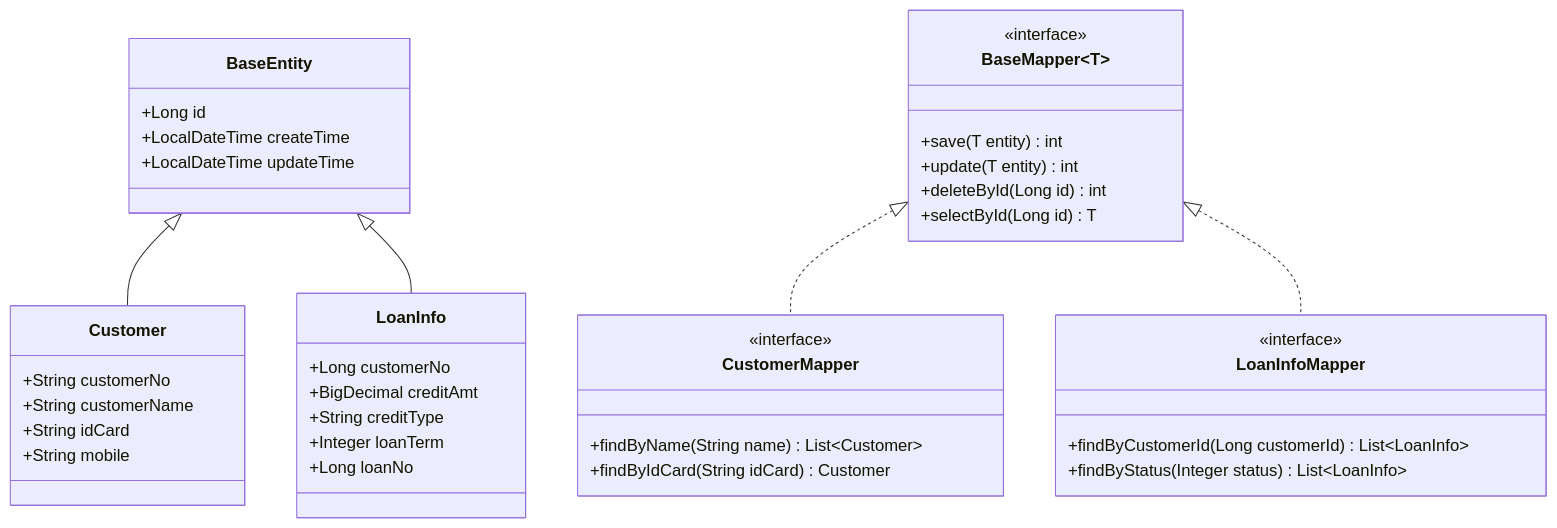
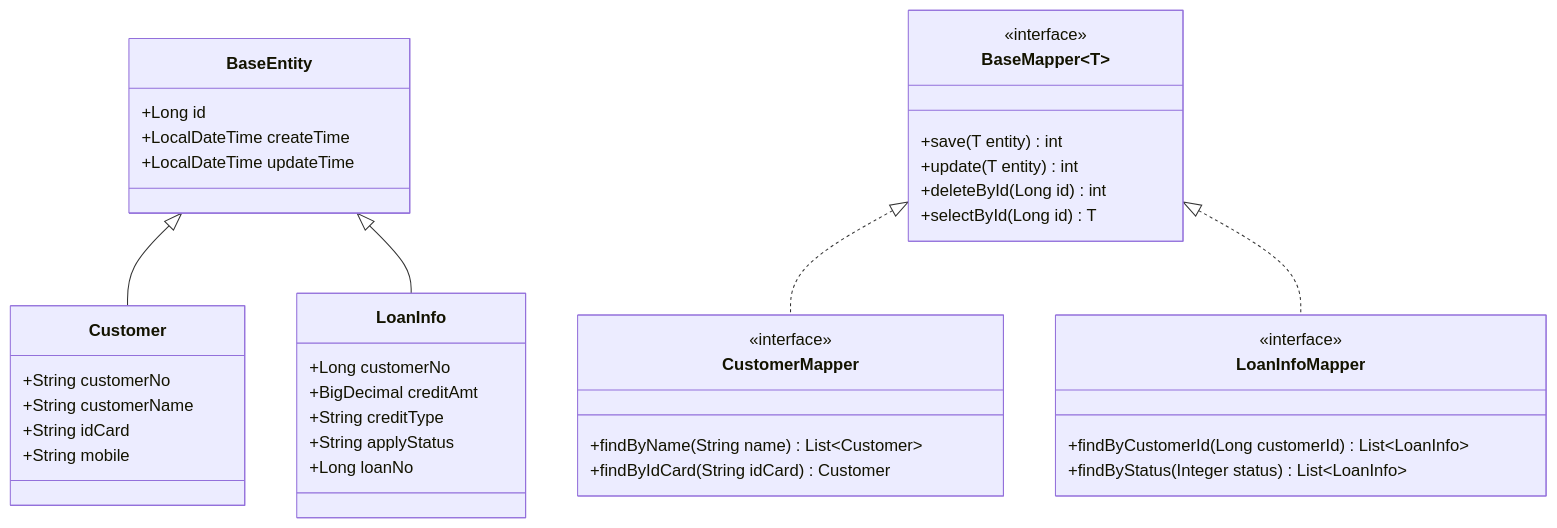
Before and after one commit to skyopk/iodraw-files: the diagram in all/未命名.md, drawn with Mermaid.

Commit message:
2025-03-25 08:51:44 update

````diff
--- a/all/未命名.md
+++ b/all/未命名.md
@@ -1,48 +1,48 @@
 ```mermaid
 classDiagram
     class BaseEntity {
         +Long id
         +LocalDateTime  createTime
         +LocalDateTime  updateTime
     }
     
     class BaseMapper~T~ {
         <<interface>>
         +save(T entity) int
         +update(T entity) int
         +deleteById(Long id) int
         +selectById(Long id) T
     }
     
     class Customer {
         +String customerNo
         +String customerName
         +String idCard
         +String mobile
     }
     
     class LoanInfo {
         +Long customerNo
         +BigDecimal creditAmt
         +String creditType
-        +Integer loanTerm
+        +String applyStatus
         +Long loanNo
     }
     
     class CustomerMapper {
         <<interface>>
         +findByName(String name) List~Customer~
         +findByIdCard(String idCard) Customer
     }
     
     class LoanInfoMapper {
         <<interface>>
         +findByCustomerId(Long customerId) List~LoanInfo~
         +findByStatus(Integer status) List~LoanInfo~
     }
     
     BaseEntity <|-- Customer
     BaseEntity <|-- LoanInfo
     BaseMapper~BaseEntity~ <|.. CustomerMapper
     BaseMapper~BaseEntity~ <|.. LoanInfoMapper
 ```
````
